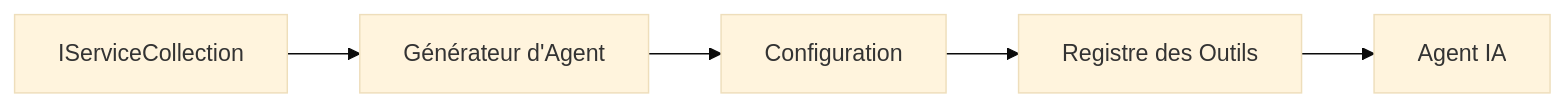
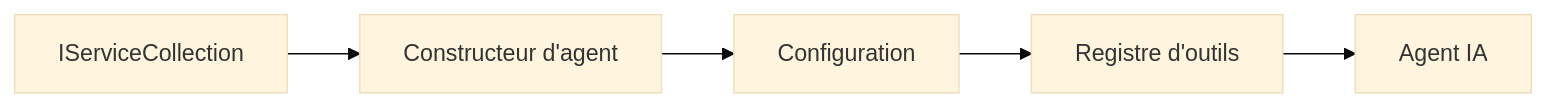
One commit to venturemavenwill/azureaifundamentals changed the diagram in translations/fr/03-agentic-design-patterns/code_samples/03-dotnet-agent-framework.md. Above: the diagram before and after it, drawn with Mermaid (base theme). The commit also changed other lines of this file and 2002 other files, not shown here.

````diff
--- a/translations/fr/03-agentic-design-patterns/code_samples/03-dotnet-agent-framework.md
+++ b/translations/fr/03-agentic-design-patterns/code_samples/03-dotnet-agent-framework.md
@@ -41,7 +41,7 @@
 ```mermaid
 graph LR
-    A[IServiceCollection] --> B[Générateur d'Agent]
+    A[IServiceCollection] --> B[Constructeur d'agent]
     B --> C[Configuration]
-    C --> D[Registre des Outils]
+    C --> D[Registre d'outils]
     D --> E[Agent IA]
 ```
````
